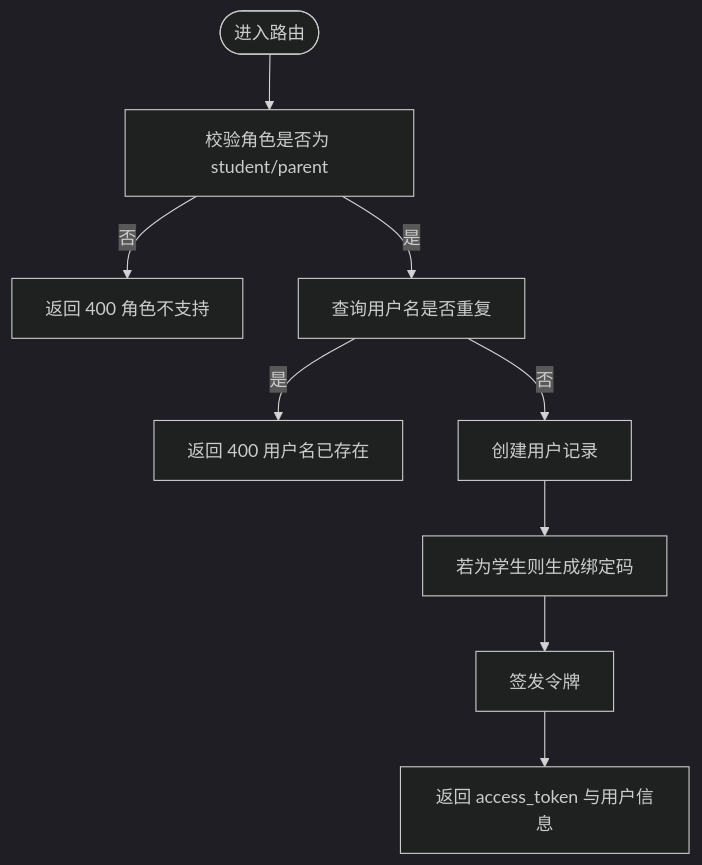
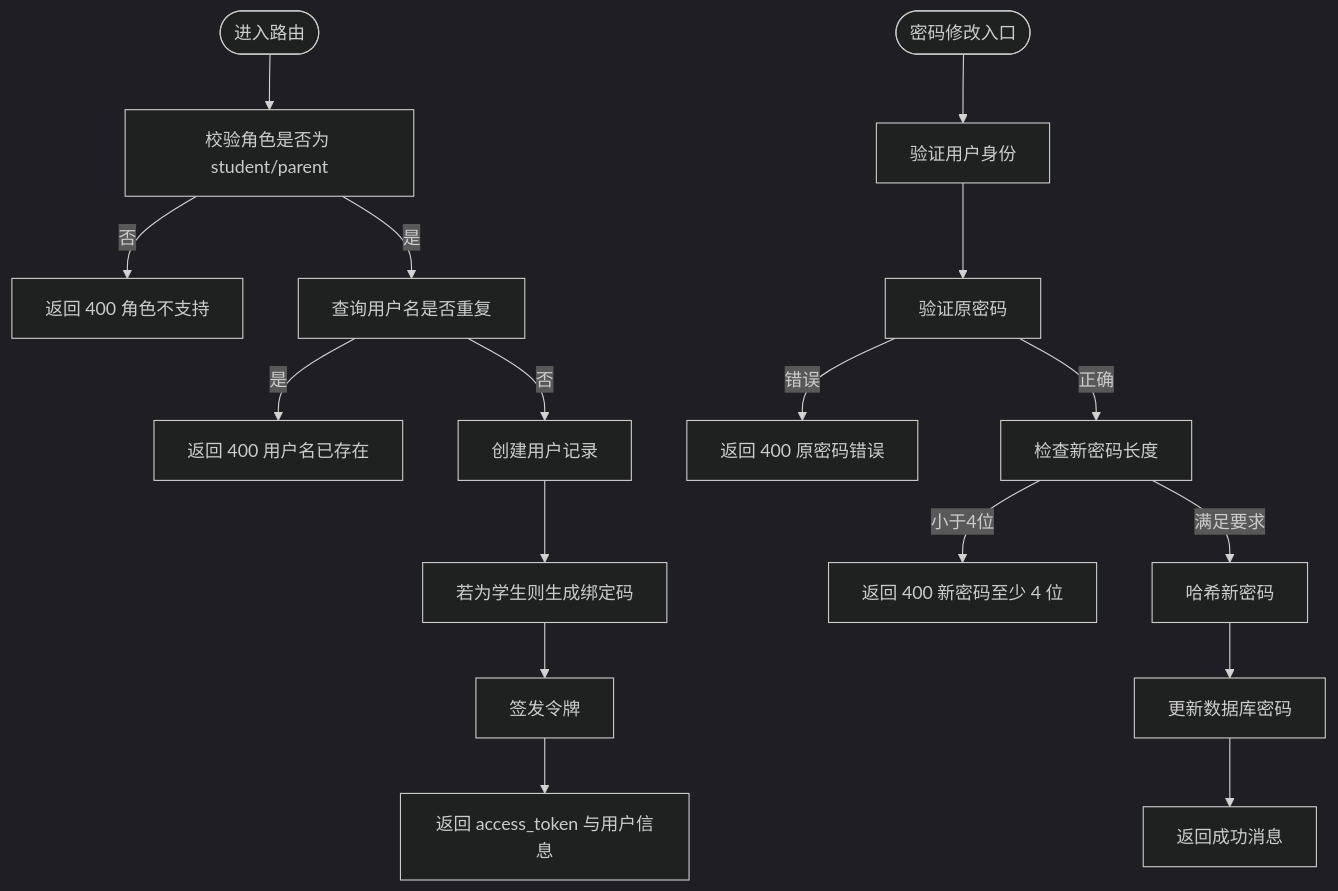
The third of 8 diagrams in .qoder/repowiki/zh/content/暑假作业打卡系统/后端服务架构/路由层设计/用户认证路由.md (onebody/homework), drawn with Mermaid (dark theme) before and after one commit. The commit also changed other lines of this file and 20 other files, not shown here.

````diff
--- a/.qoder/repowiki/zh/content/暑假作业打卡系统/后端服务架构/路由层设计/用户认证路由.md
+++ b/.qoder/repowiki/zh/content/暑假作业打卡系统/后端服务架构/路由层设计/用户认证路由.md
@@ -169,11 +190,19 @@
 ```mermaid
 flowchart TD
 Start(["进入路由"]) --> CheckRole["校验角色是否为 student/parent"]
 CheckRole --> |否| ErrRole["返回 400 角色不支持"]
 CheckRole --> |是| CheckDup["查询用户名是否重复"]
 CheckDup --> |是| ErrDup["返回 400 用户名已存在"]
 CheckDup --> |否| CreateUser["创建用户记录"]
 CreateUser --> GenBind["若为学生则生成绑定码"]
 GenBind --> IssueToken["签发令牌"]
 IssueToken --> ReturnOK["返回 access_token 与用户信息"]
+Start2(["密码修改入口"]) --> AuthCheck["验证用户身份"]
+AuthCheck --> VerifyOld["验证原密码"]
+VerifyOld --> |错误| ErrOld["返回 400 原密码错误"]
+VerifyOld --> |正确| CheckNewLen["检查新密码长度"]
+CheckNewLen --> |小于4位| ErrLen["返回 400 新密码至少 4 位"]
+CheckNewLen --> |满足要求| HashNew["哈希新密码"]
+HashNew --> UpdateDB["更新数据库密码"]
+UpdateDB --> ReturnSuccess["返回成功消息"]
 ```
````
